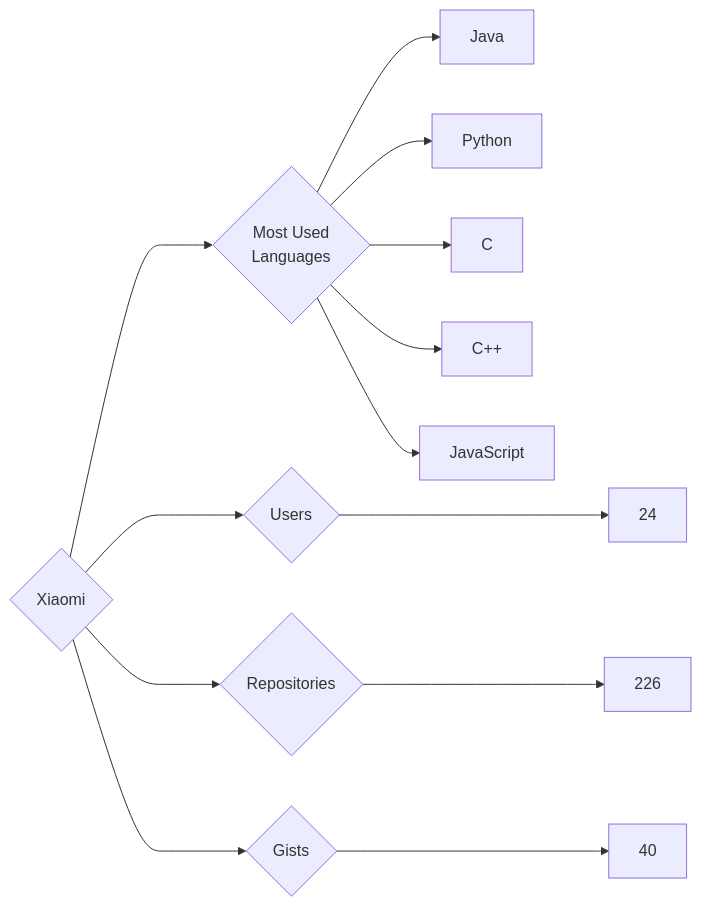
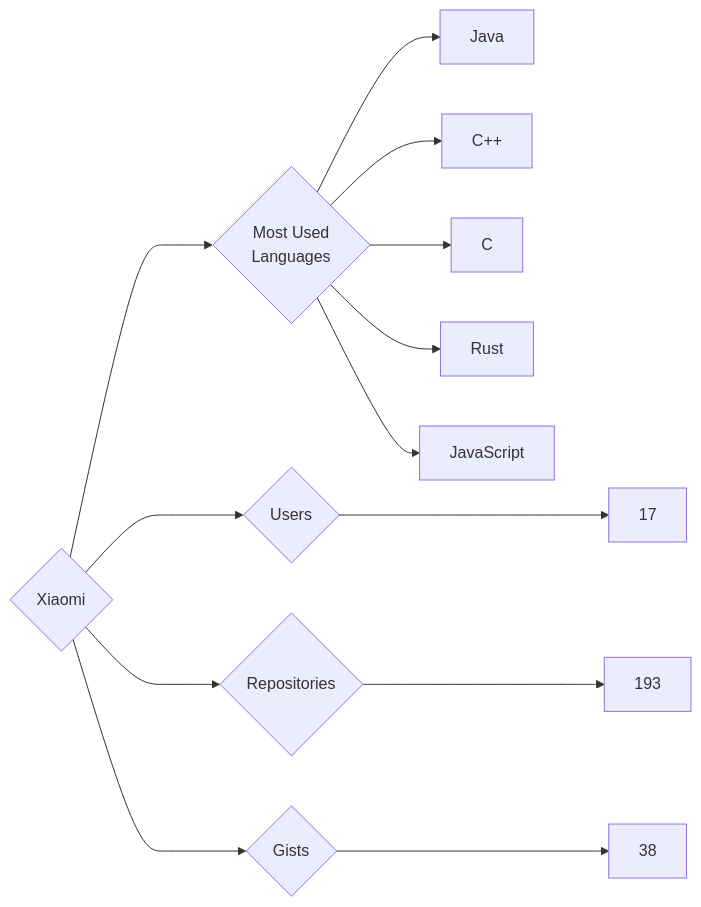
The diagram in targets/Xiaomi/README.md (trickest/insiders), drawn with Mermaid before and after one commit. The commit also changed 797 other files, not shown here.

````diff
--- a/targets/Xiaomi/README.md
+++ b/targets/Xiaomi/README.md
@@ -3,13 +3,13 @@
 ```mermaid
 graph LR
 COMPANY_NAME{Xiaomi}
-COMPANY_NAME ---> U{Users} ---> UN[24]
-COMPANY_NAME ---> R{Repositories} ---> RN[226]
-COMPANY_NAME ---> G{Gists} ---> GN[40]
+COMPANY_NAME ---> U{Users} ---> UN[17]
+COMPANY_NAME ---> R{Repositories} ---> RN[193]
+COMPANY_NAME ---> G{Gists} ---> GN[38]
 COMPANY_NAME ---> ML{Most Used<br>Languages}
 ML --> Java[Java]
-ML --> Python[Python]
+ML --> C++[C++]
 ML --> C[C]
-ML --> C++[C++]
+ML --> Rust[Rust]
 ML --> JavaScript[JavaScript]
 ```
````
